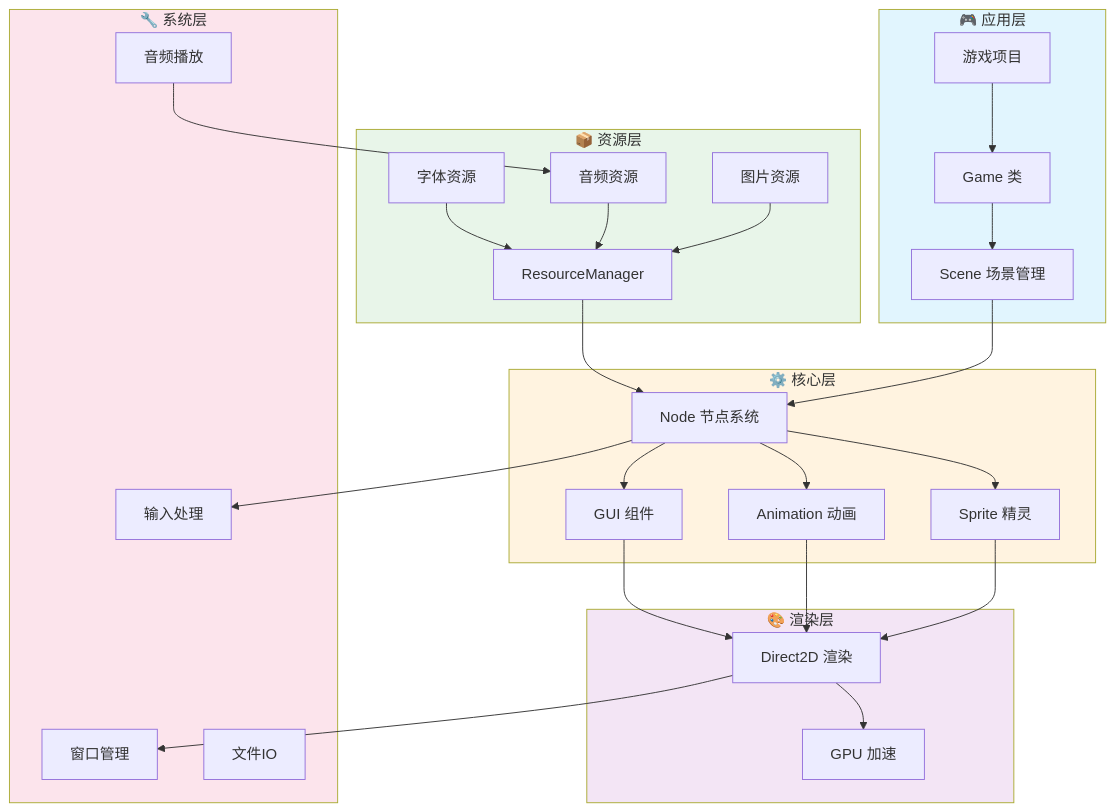
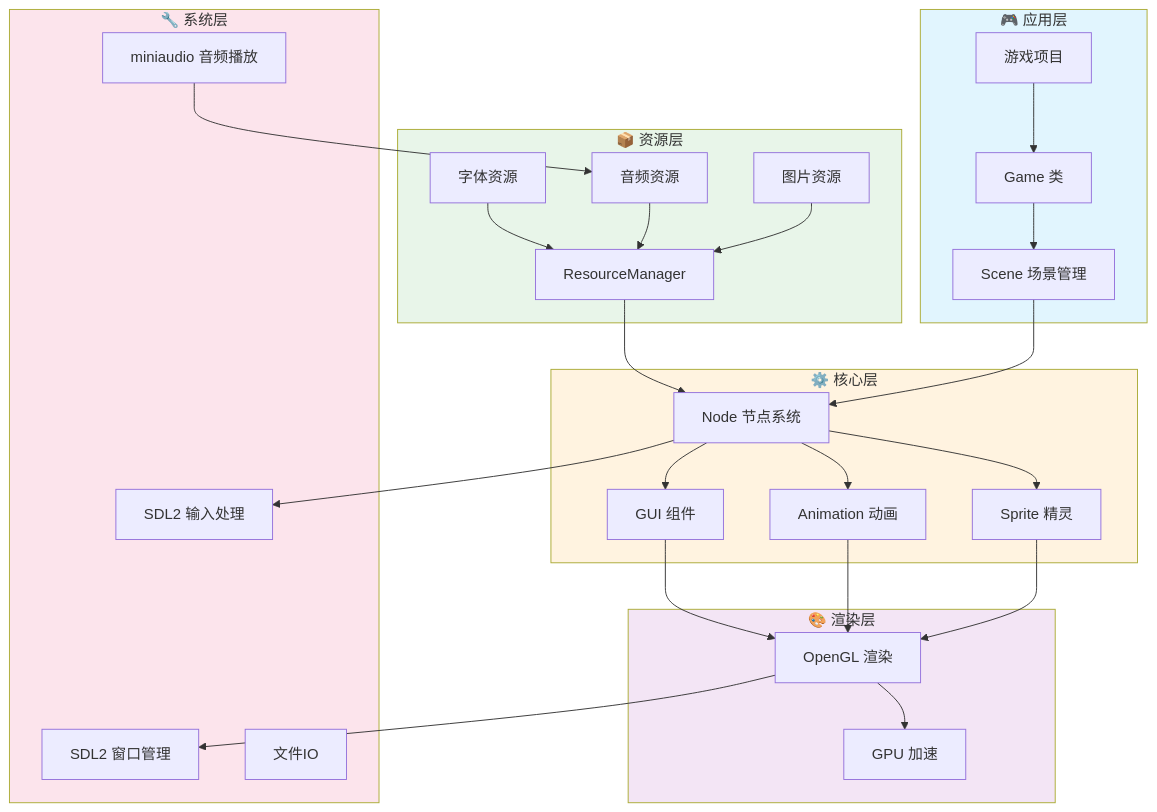
One commit to ChestnutYueyue/Easy2D changed the second of 16 diagrams in README.md. Above: the diagram before and after it, drawn with Mermaid. The commit also changed other lines of this file and 2 other files, not shown here.

````diff
--- a/README.md
+++ b/README.md
@@ -47,45 +47,45 @@
 ```mermaid
 flowchart TB
     subgraph 应用层["🎮 应用层"]
         A[游戏项目] --> B[Game 类]
         B --> C[Scene 场景管理]
     end
 
     subgraph 核心层["⚙️ 核心层"]
         C --> D[Node 节点系统]
         D --> E[Sprite 精灵]
         D --> F[Animation 动画]
         D --> G[GUI 组件]
     end
 
     subgraph 渲染层["🎨 渲染层"]
-        E --> H[Direct2D 渲染]
+        E --> H[OpenGL 渲染]
         F --> H
         G --> H
         H --> I[GPU 加速]
     end
 
     subgraph 资源层["📦 资源层"]
         J[图片资源] --> K[ResourceManager]
         L[音频资源] --> K
         M[字体资源] --> K
         K --> D
     end
 
     subgraph 系统层["🔧 系统层"]
-        N[窗口管理]
-        O[输入处理]
-        P[音频播放]
+        N[SDL2 窗口管理]
+        O[SDL2 输入处理]
+        P[miniaudio 音频播放]
         Q[文件IO]
     end
 
     H --> N
     D --> O
     P --> L
 
     style 应用层 fill:#e1f5fe
     style 核心层 fill:#fff3e0
     style 渲染层 fill:#f3e5f5
     style 资源层 fill:#e8f5e9
     style 系统层 fill:#fce4ec
 ```
````
